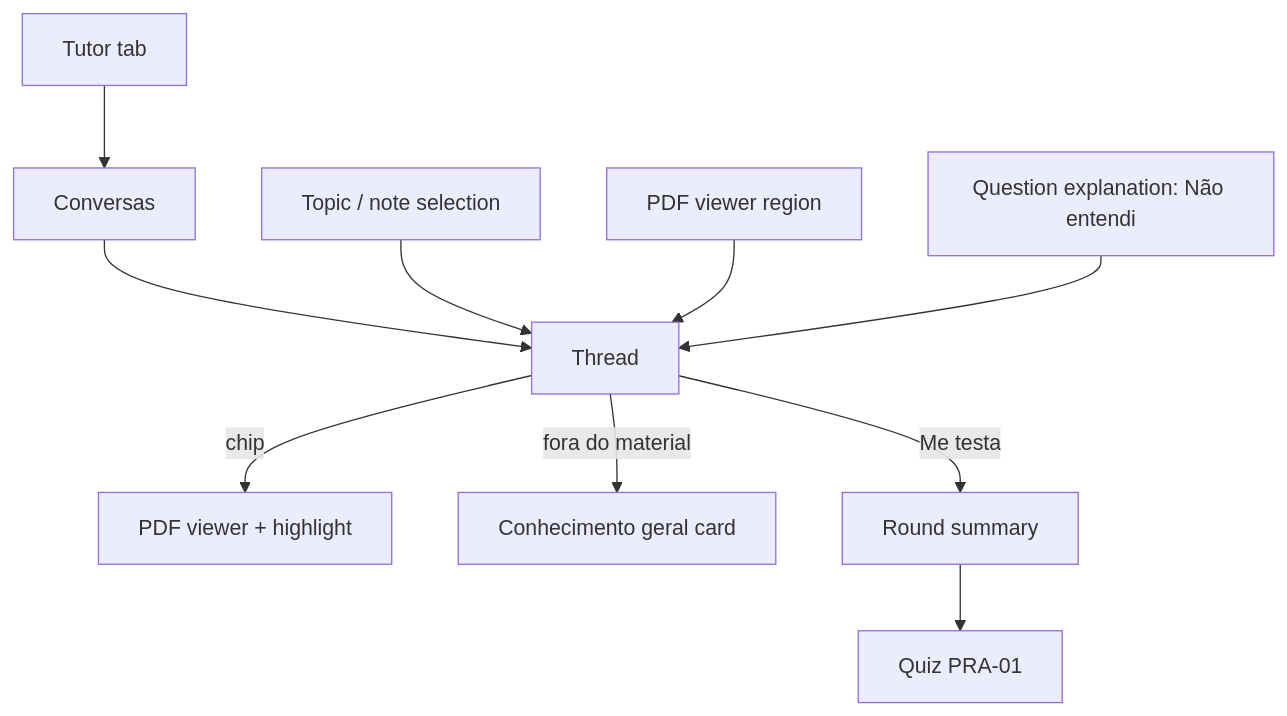
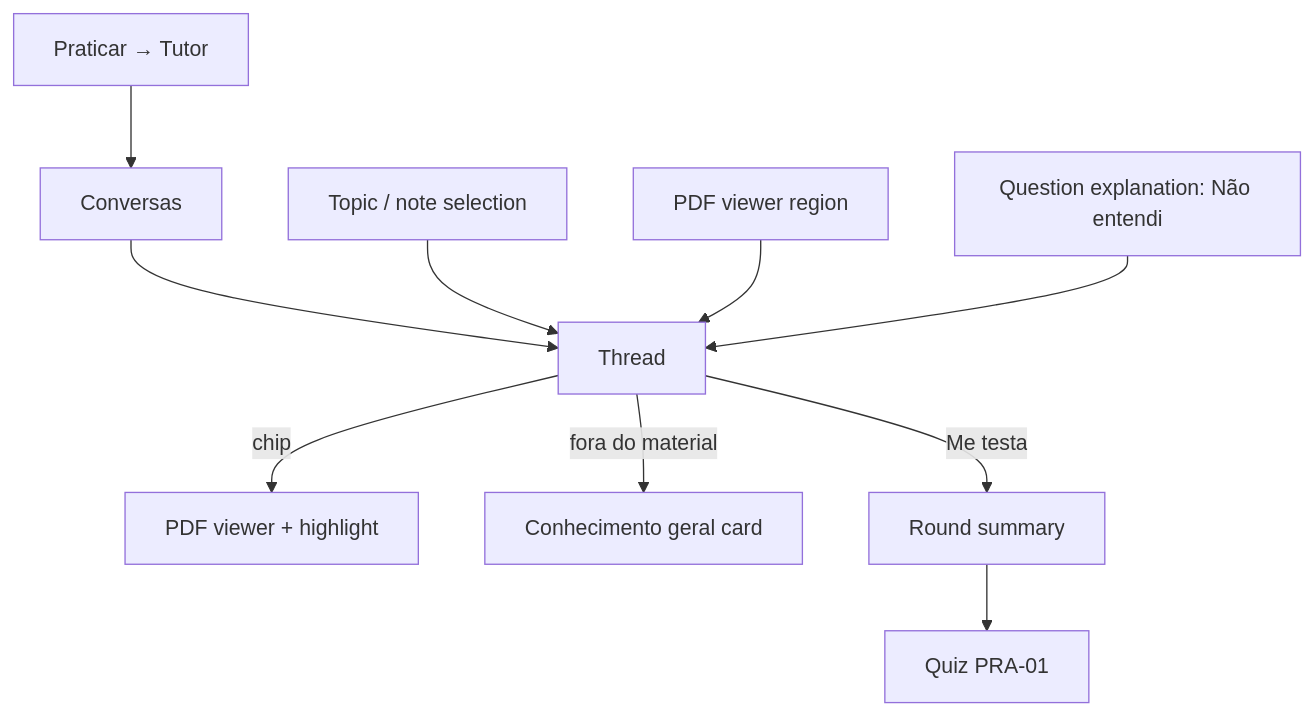
The first of 2 diagrams in docs/specs/03-tutor.md (mariajunqueiramirandas-cpu/Studify), drawn with Mermaid before and after one commit. The commit also changed other lines of this file and 23 other files, not shown here.

````diff
--- a/docs/specs/03-tutor.md
+++ b/docs/specs/03-tutor.md
@@ -119,12 +121,12 @@
 ```mermaid
 flowchart TD
-  T[Tutor tab] --> L[Conversas]
+  T[Praticar → Tutor] --> L[Conversas]
   L --> C[Thread]
   N[Topic / note selection] --> C
   V[PDF viewer region] --> C
   Q[Question explanation: Não entendi] --> C
   C -->|chip| P[PDF viewer + highlight]
   C -->|fora do material| G[Conhecimento geral card]
   C -->|Me testa| R[Round summary]
   R --> PR[Quiz PRA-01]
 ```
````
